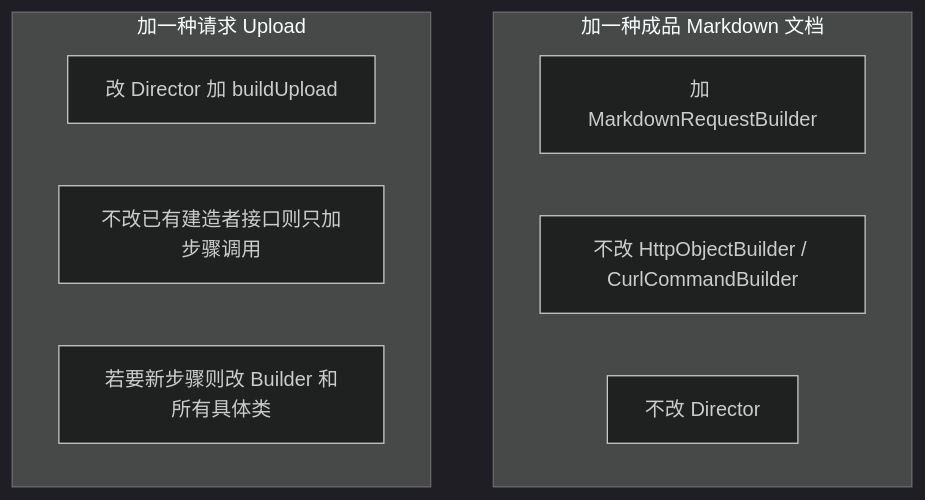
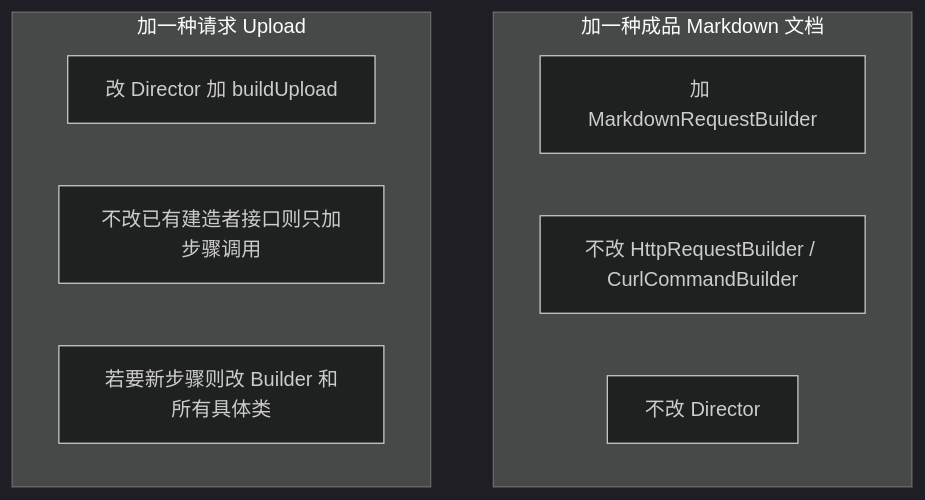
Before and after one commit to zackdlut/design_pattern: the sixth of 9 diagrams in docs/creational/builder.md, drawn with Mermaid (dark theme). The commit also changed other lines of this file and 6 other files, not shown here.

````diff
--- a/docs/creational/builder.md
+++ b/docs/creational/builder.md
@@ -185,13 +185,13 @@
 ```mermaid
 flowchart TD
   subgraph 加一种表示["加一种成品 Markdown 文档"]
     A1[加 MarkdownRequestBuilder]
-    A2[不改 HttpObjectBuilder / CurlCommandBuilder]
+    A2[不改 HttpRequestBuilder / CurlCommandBuilder]
     A3[不改 Director]
   end
   subgraph 加一种配方["加一种请求 Upload"]
     B1[改 Director 加 buildUpload]
     B2[不改已有建造者接口则只加步骤调用]
     B3[若要新步骤则改 Builder 和所有具体类]
   end
 ```
````
